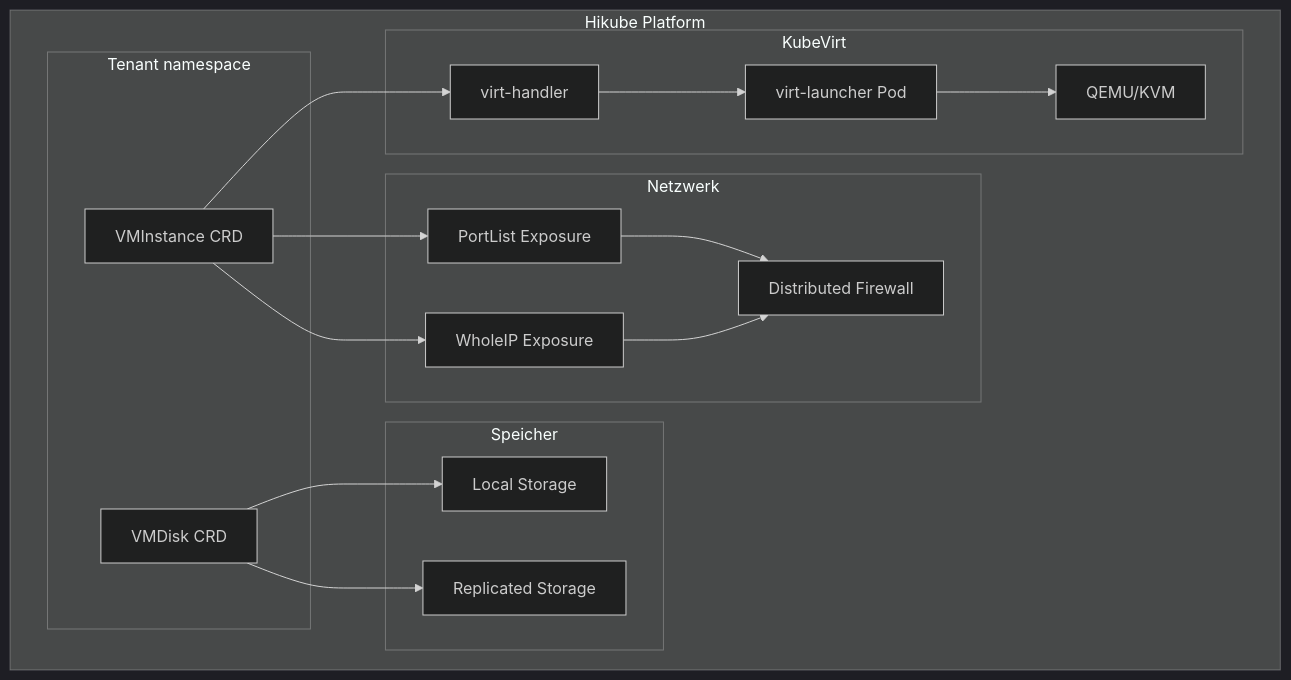
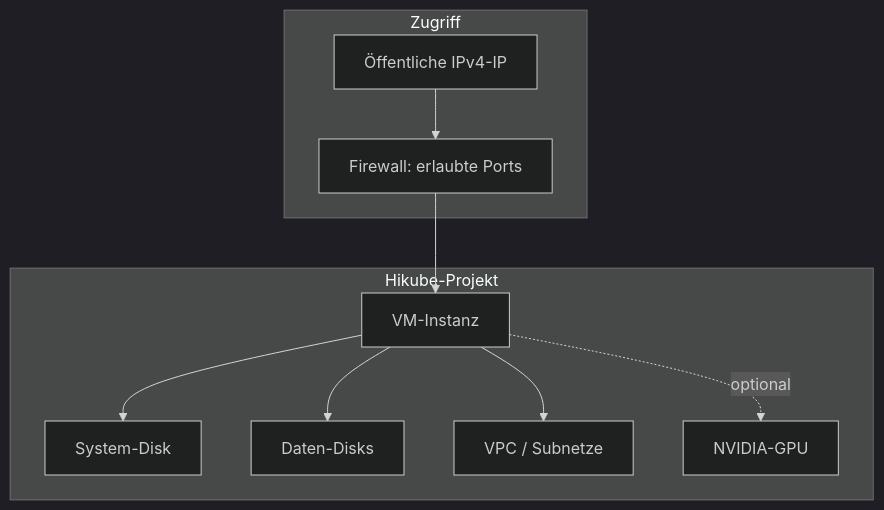
The first of 2 diagrams in i18n/de/docusaurus-plugin-content-docs/current/services/compute/concepts.md (HidoraSwiss/hikube-public-doc), drawn with Mermaid (dark theme) before and after one commit. The commit also changed other lines of this file and 148 other files, not shown here.

````diff
--- a/i18n/de/docusaurus-plugin-content-docs/current/services/compute/concepts.md
+++ b/i18n/de/docusaurus-plugin-content-docs/current/services/compute/concepts.md
@@ -12,36 +12,21 @@
 ```mermaid
 graph TB
-    subgraph "Hikube Platform"
-        subgraph "Tenant namespace"
-            VMI[VMInstance CRD]
-            VMD[VMDisk CRD]
-        end
-
-        subgraph "KubeVirt"
-            VP[virt-handler]
-            VL[virt-launcher Pod]
-            QEMU[QEMU/KVM]
-        end
-
-        subgraph "Speicher"
-            LS[Local Storage]
-            RS[Replicated Storage]
-        end
-
-        subgraph "Netzwerk"
-            PL[PortList Exposure]
-            WI[WholeIP Exposure]
-            FW[Distributed Firewall]
-        end
+    subgraph "Hikube-Projekt"
+        VM[VM-Instanz]
+        SYS[System-Disk]
+        DATA[Daten-Disks]
+        VPC[VPC / Subnetze]
+        GPU[NVIDIA-GPU]
     end
 
-    VMI --> VP
-    VMD --> LS
-    VMD --> RS
-    VP --> VL
-    VL --> QEMU
-    VMI --> PL
-    VMI --> WI
-    PL --> FW
-    WI --> FW
+    subgraph "Zugriff"
+        PUB[Öffentliche IPv4-IP]
+        FW[Firewall: erlaubte Ports]
+    end
+
+    VM --> SYS
+    VM --> DATA
+    VM --> VPC
+    VM -.optional.-> GPU
+    PUB --> FW --> VM
 ```
````
